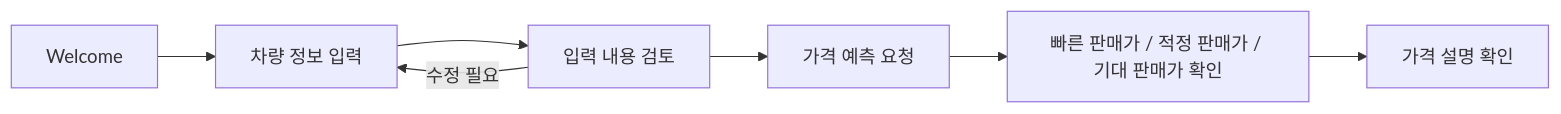
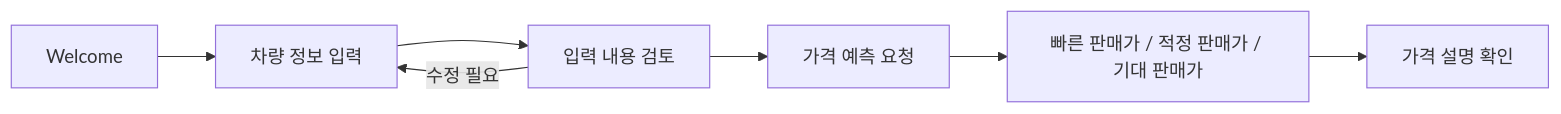
The first of 3 diagrams in README.md (chanho0215/car_price), drawn with Mermaid before and after one commit. The commit also changed other lines of this file, not shown here.

````diff
--- a/README.md
+++ b/README.md
@@ -106,9 +221,9 @@
 ```mermaid
 flowchart LR
-    A[Welcome] --> B[차량 정보 입력]
-    B --> C[입력 내용 검토]
-    C --> D[가격 예측 요청]
-    D --> E[빠른 판매가 / 적정 판매가 / 기대 판매가 확인]
-    E --> F[가격 설명 확인]
-    C -->|수정 필요| B
+    A["Welcome"] --> B["차량 정보 입력"]
+    B --> C["입력 내용 검토"]
+    C --> D["가격 예측 요청"]
+    D --> E["빠른 판매가 / 적정 판매가 / 기대 판매가"]
+    E --> F["가격 설명 확인"]
+    C -->|"수정 필요"| B
 ```
````
